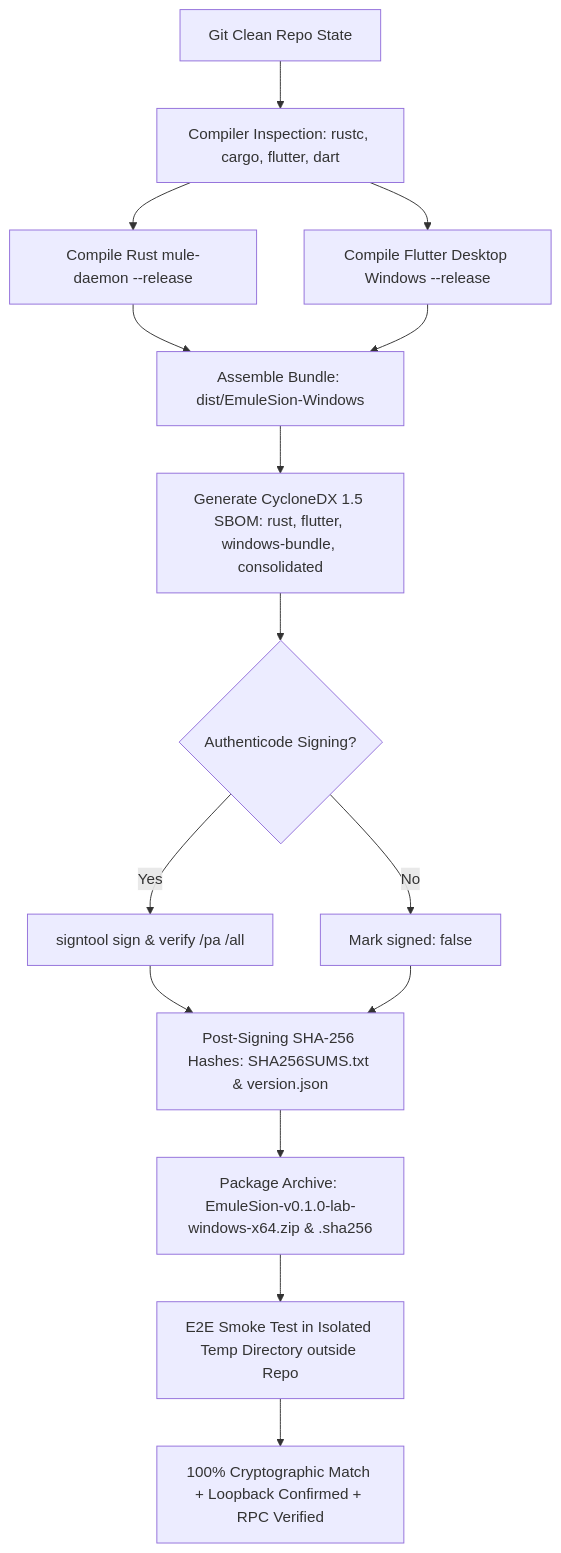
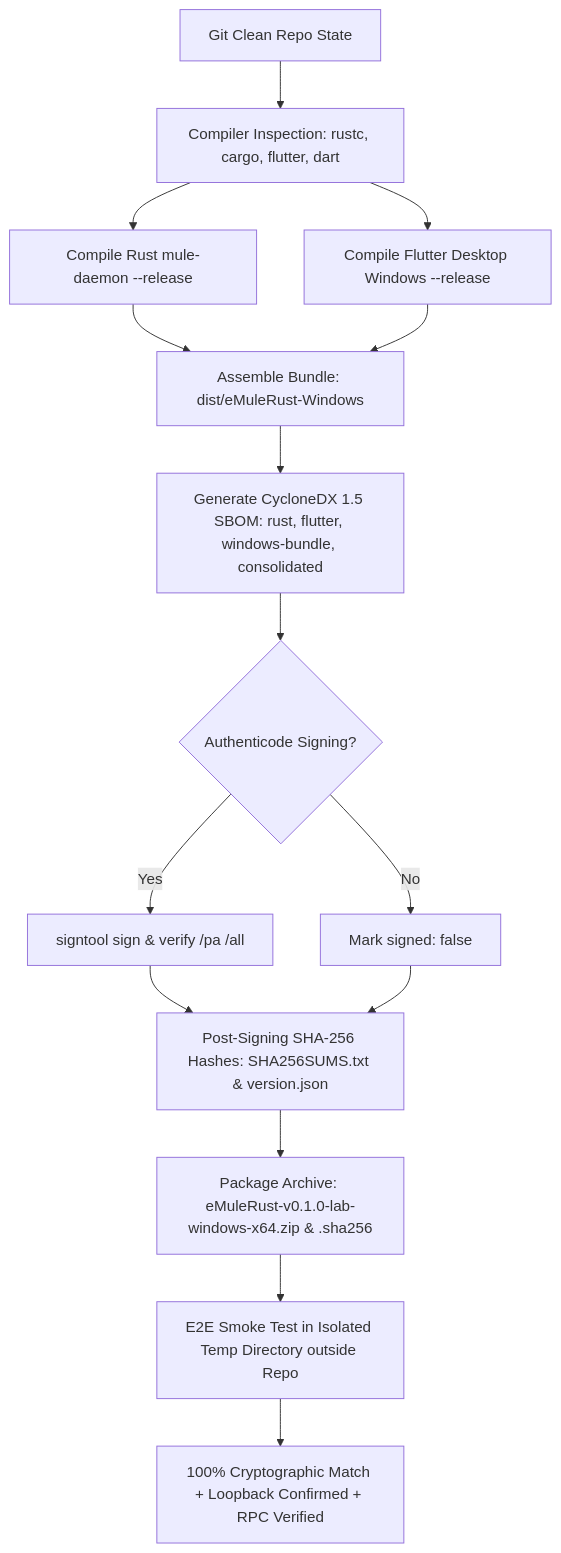
The diagram in docs/walkthroughs/walkthrough_Phase_01_a_03c.md (laurentgeynet-ux/eMule-Rust), drawn with Mermaid before and after one commit. The commit also changed other lines of this file and 150 other files, not shown here.

First line of the commit message:
chore(rebrand): renommage Emule-Sion → eMule-Rust + icône de marque

````diff
--- a/docs/walkthroughs/walkthrough_Phase_01_a_03c.md
+++ b/docs/walkthroughs/walkthrough_Phase_01_a_03c.md
@@ -1210,17 +1210,17 @@
 ```mermaid
 flowchart TD
     A[Git Clean Repo State] --> B[Compiler Inspection: rustc, cargo, flutter, dart]
     B --> C[Compile Rust mule-daemon --release]
     B --> D[Compile Flutter Desktop Windows --release]
-    C --> E[Assemble Bundle: dist/EmuleSion-Windows]
+    C --> E[Assemble Bundle: dist/eMuleRust-Windows]
     D --> E
     E --> F[Generate CycloneDX 1.5 SBOM: rust, flutter, windows-bundle, consolidated]
     F --> G{Authenticode Signing?}
     G -- Yes --> H[signtool sign & verify /pa /all]
     G -- No --> I[Mark signed: false]
     H --> J[Post-Signing SHA-256 Hashes: SHA256SUMS.txt & version.json]
     I --> J
-    J --> K[Package Archive: EmuleSion-v0.1.0-lab-windows-x64.zip & .sha256]
+    J --> K[Package Archive: eMuleRust-v0.1.0-lab-windows-x64.zip & .sha256]
     K --> L[E2E Smoke Test in Isolated Temp Directory outside Repo]
     L --> M[100% Cryptographic Match + Loopback Confirmed + RPC Verified]
 ```
````
